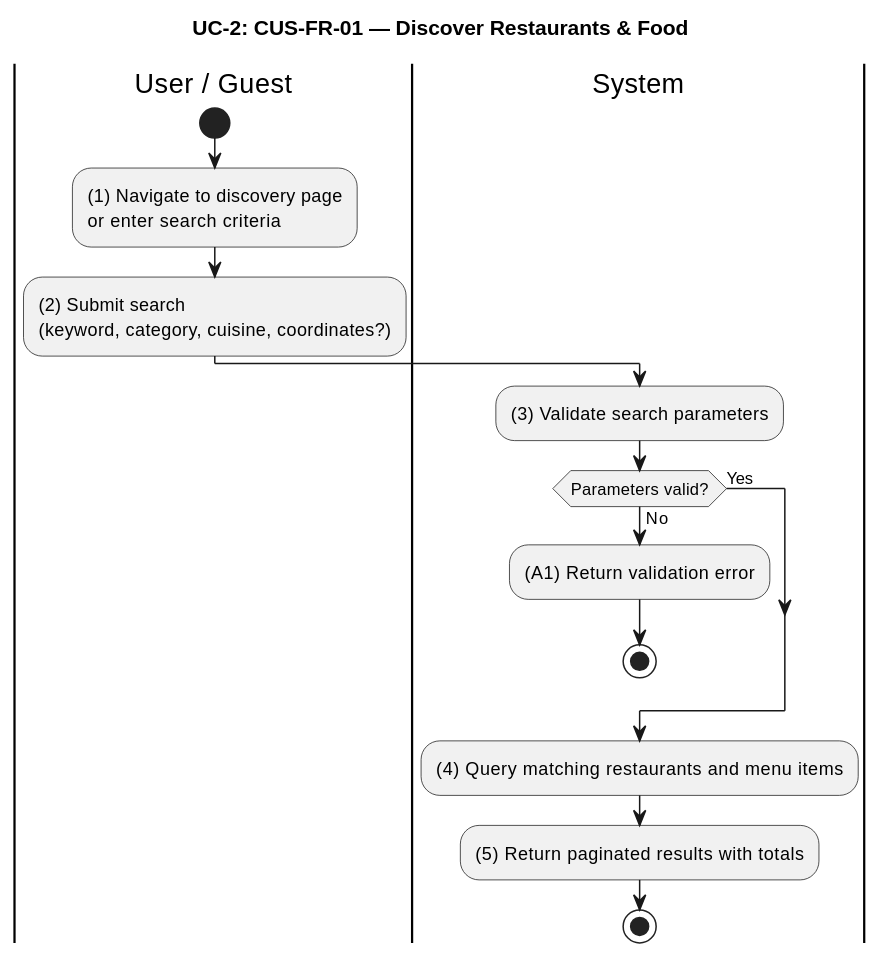
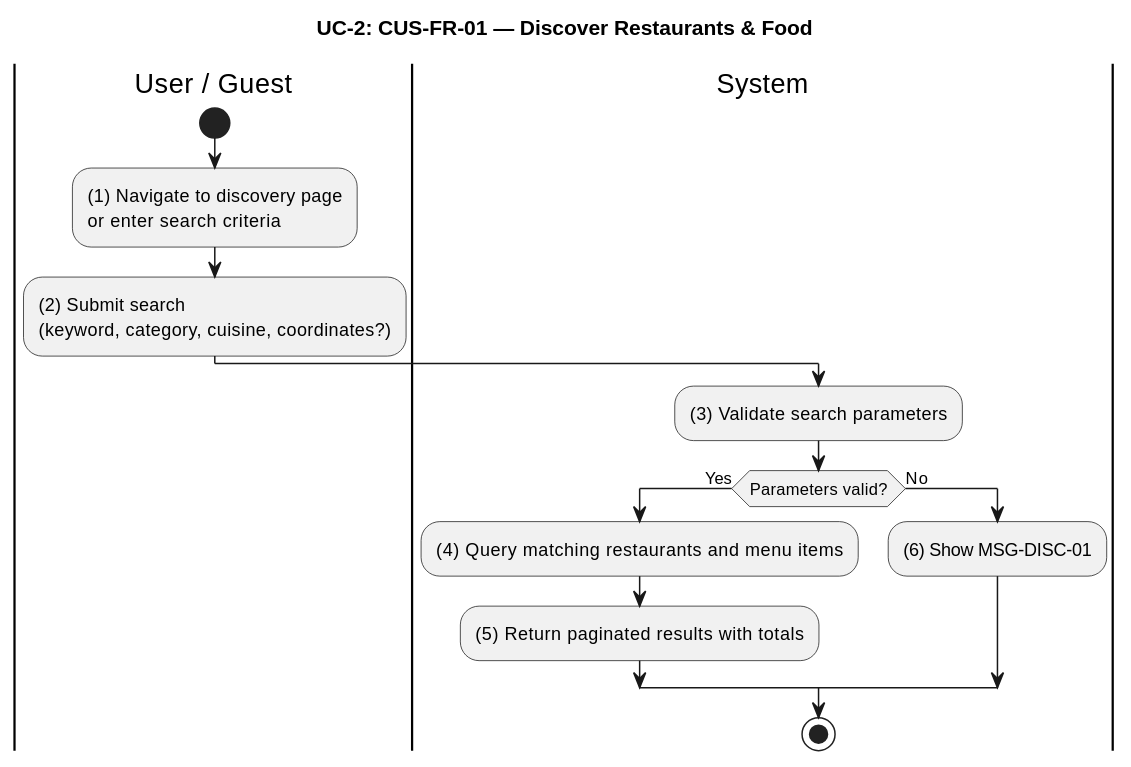
The second of 10 diagrams in apps/api/docs/Final_Documents/SRS_FoodDelivery.md (luubinhdeptrai/Food_Delivery), drawn with PlantUML before and after one commit. The commit also changed other lines of this file and 1 other file, not shown here.

````diff
--- a/apps/api/docs/Final_Documents/SRS_FoodDelivery.md
+++ b/apps/api/docs/Final_Documents/SRS_FoodDelivery.md
@@ -219,22 +215,21 @@
 ```plantuml
 @startuml UC2-Discover-Restaurants
 title UC-2: CUS-FR-01 — Discover Restaurants & Food
 skinparam ConditionEndStyle hline
 
 |User / Guest|
 start
 :(1) Navigate to discovery page\nor enter search criteria;
 :(2) Submit search\n(keyword, category, cuisine, coordinates?);
 
 |System|
 :(3) Validate search parameters;
-if (Parameters valid?) then (No)
-  :(A1) Return validation error;
-  stop
-else (Yes)
+if (Parameters valid?) then (Yes)
+  :(4) Query matching restaurants and menu items;
+  :(5) Return paginated results with totals;
+else (No)
+  :(6) Show MSG-DISC-01;
 endif
-:(4) Query matching restaurants and menu items;
-:(5) Return paginated results with totals;
 stop
 @enduml
 ```
````
